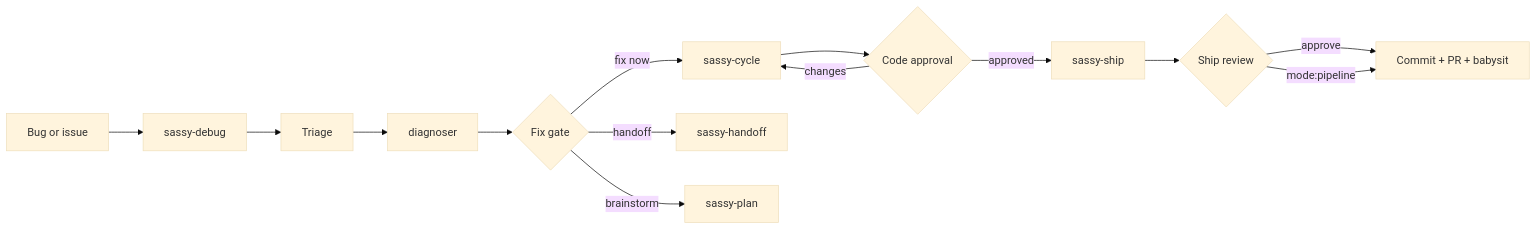
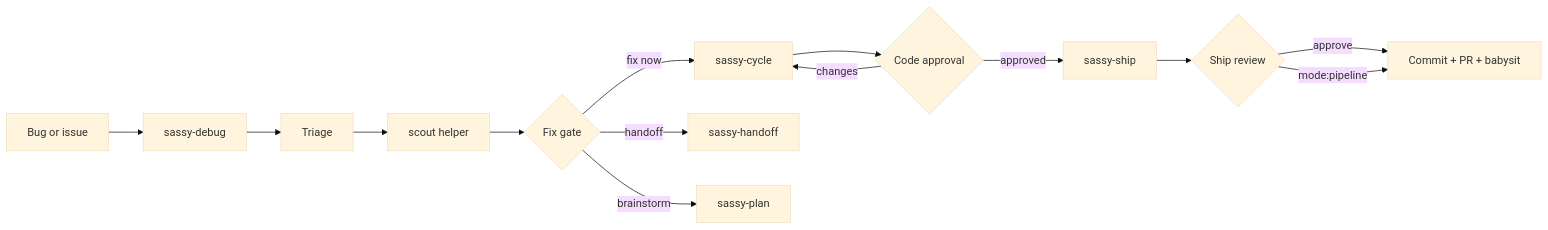
One commit to sassywares/sassy-skills changed the second of 2 diagrams in README.md. Above: the diagram before and after it, drawn with Mermaid (base theme). The commit also changed other lines of this file and 7 other files, not shown here.

````diff
--- a/README.md
+++ b/README.md
@@ -131,16 +131,16 @@
 ```mermaid
 flowchart LR
   A[Bug or issue] --> B[sassy-debug]
   B --> C[Triage]
-  C --> D[diagnoser]
+  C --> D[scout helper]
   D --> E{Fix gate}
   E -->|fix now| F[sassy-cycle]
   E -->|handoff| G[sassy-handoff]
   E -->|brainstorm| H[sassy-plan]
   F --> I{Code approval}
   I -->|changes| F
   I -->|approved| J[sassy-ship]
   J --> K{Ship review}
   K -->|approve| L[Commit + PR + babysit]
   K -->|mode:pipeline| L
 ```
````
